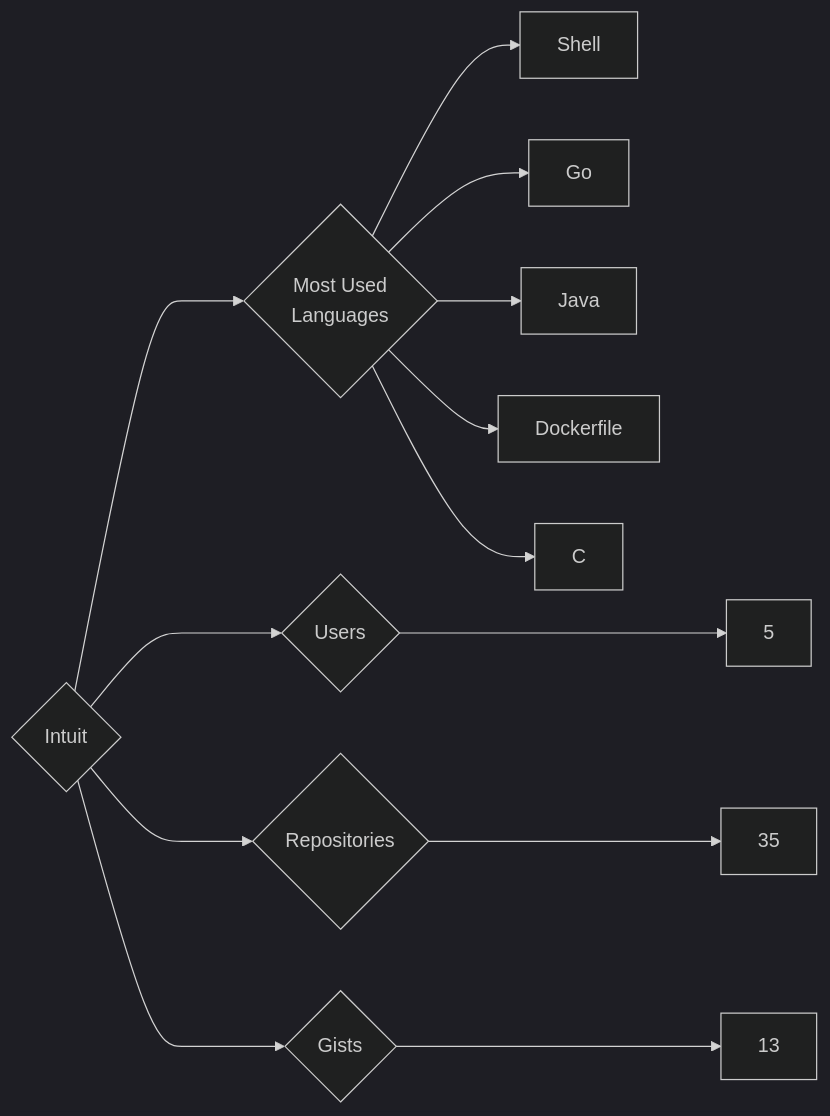
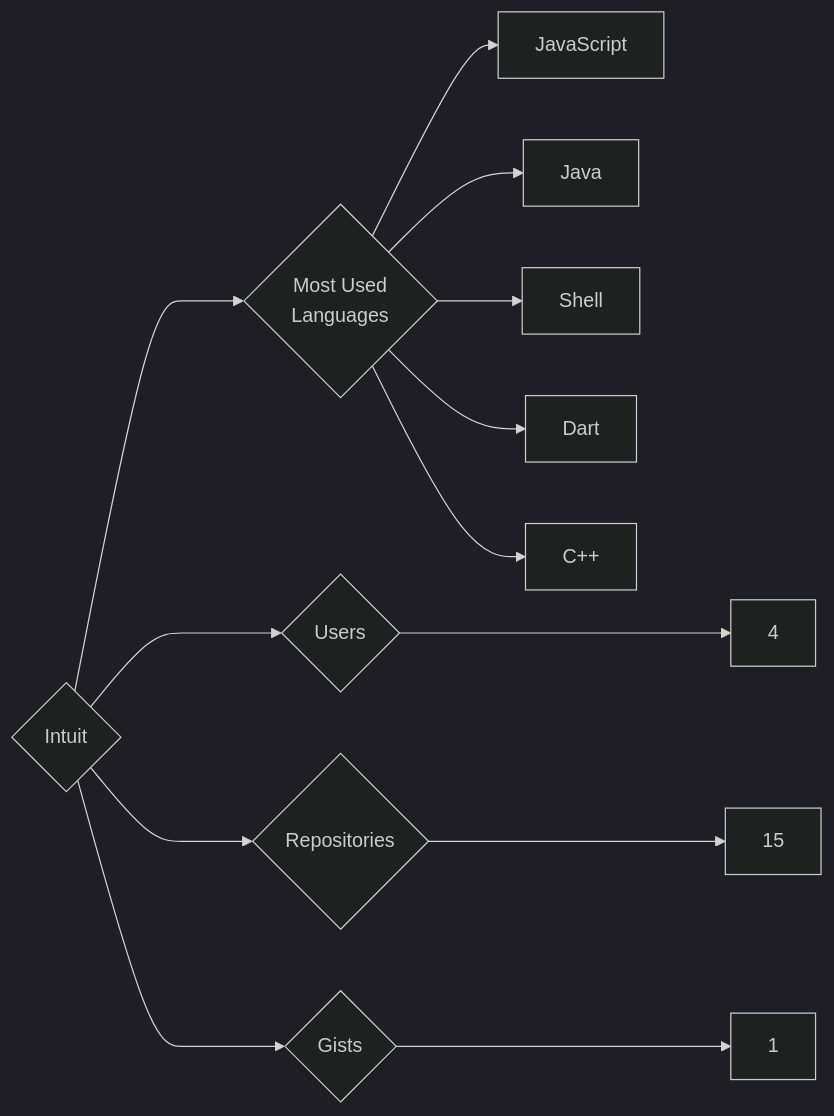
One commit to trickest/insiders changed the diagram in targets/Intuit/README.md. Above: the diagram before and after it, drawn with Mermaid (dark theme). The commit also changed 1120 other files, not shown here.

````diff
--- a/targets/Intuit/README.md
+++ b/targets/Intuit/README.md
@@ -3,13 +3,13 @@
 ```mermaid
 graph LR
 COMPANY_NAME{Intuit}
-COMPANY_NAME ---> U{Users} ---> UN[5]
-COMPANY_NAME ---> R{Repositories} ---> RN[35]
-COMPANY_NAME ---> G{Gists} ---> GN[13]
+COMPANY_NAME ---> U{Users} ---> UN[4]
+COMPANY_NAME ---> R{Repositories} ---> RN[15]
+COMPANY_NAME ---> G{Gists} ---> GN[1]
 COMPANY_NAME ---> ML{Most Used<br>Languages}
+ML --> JavaScript[JavaScript]
+ML --> Java[Java]
 ML --> Shell[Shell]
-ML --> Go[Go]
-ML --> Java[Java]
-ML --> Dockerfile[Dockerfile]
-ML --> C[C]
+ML --> Dart[Dart]
+ML --> C++[C++]
 ```
````
